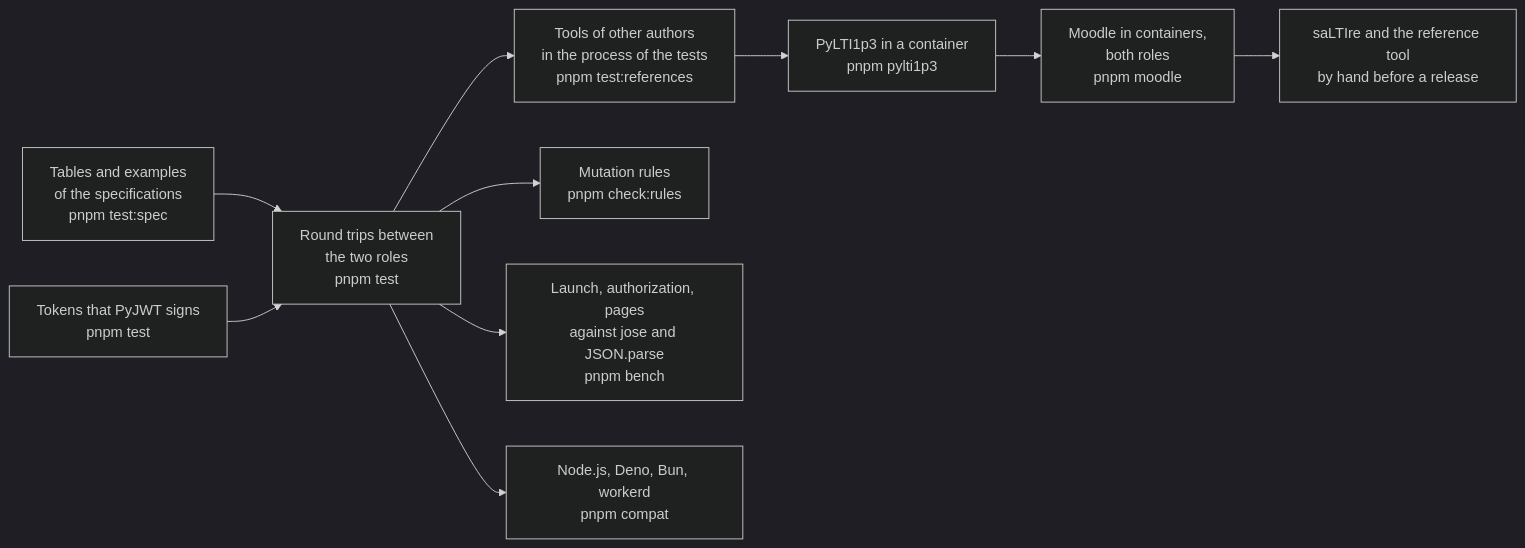
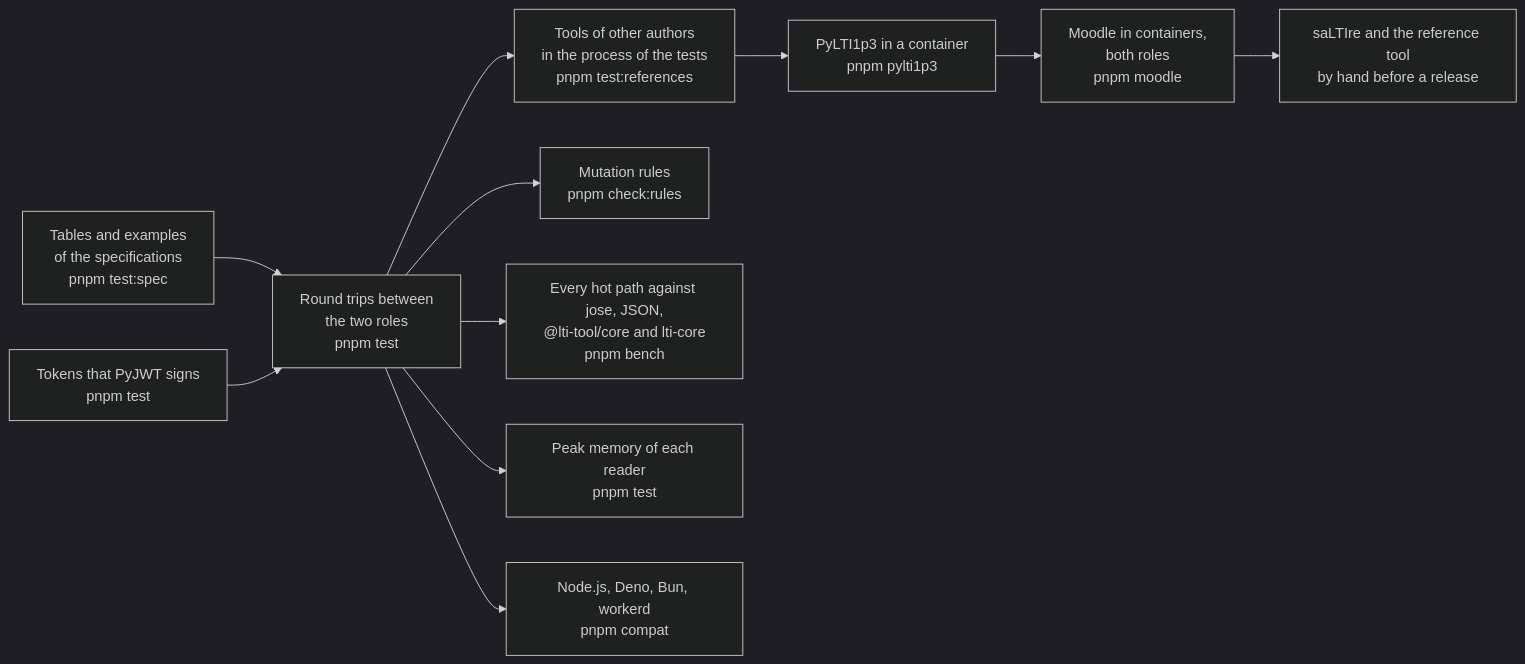
Before and after one commit to interopkit/interopkit: the diagram in docs/tool-integration/evidence.md, drawn with Mermaid (dark theme). The commit also changed other lines of this file and 18 other files, not shown here.

First line of the commit message:
Give the measured speed and peaks of tool-integration in its evidence guide, and report each peak

````diff
--- a/docs/tool-integration/evidence.md
+++ b/docs/tool-integration/evidence.md
@@ -7,12 +8,13 @@
 ```mermaid
 flowchart LR
   spec["Tables and examples<br/>of the specifications<br/>pnpm test:spec"] --> trip["Round trips between<br/>the two roles<br/>pnpm test"]
   tokens["Tokens that PyJWT signs<br/>pnpm test"] --> trip
   trip --> process["Tools of other authors<br/>in the process of the tests<br/>pnpm test:references"]
   process --> py["PyLTI1p3 in a container<br/>pnpm pylti1p3"]
   py --> moodle["Moodle in containers,<br/>both roles<br/>pnpm moodle"]
   moodle --> hand["saLTIre and the reference tool<br/>by hand before a release"]
   trip --> rules["Mutation rules<br/>pnpm check:rules"]
-  trip --> speed["Launch, authorization, pages<br/>against jose and JSON.parse<br/>pnpm bench"]
+  trip --> speed["Every hot path against jose, JSON,<br/>@lti-tool/core and lti-core<br/>pnpm bench"]
+  trip --> memory["Peak memory of each reader<br/>pnpm test"]
   trip --> runtimes["Node.js, Deno, Bun, workerd<br/>pnpm compat"]
 ```
````
